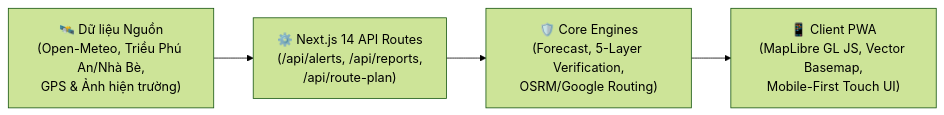
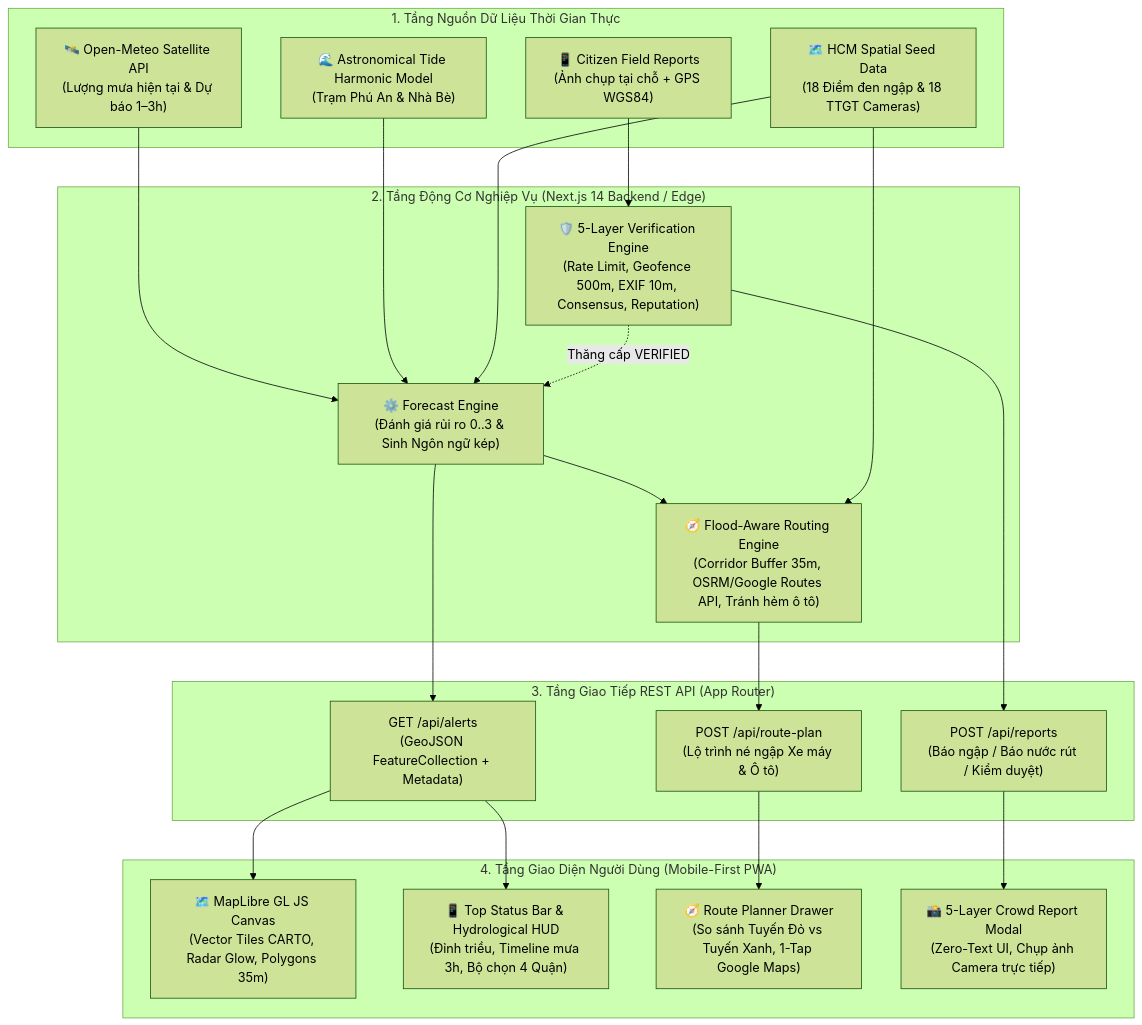
The diagram in README.md (yangcoi/ocean-flood), drawn with Mermaid (forest theme) before and after one commit. The commit also changed other lines of this file, not shown here.

````diff
--- a/README.md
+++ b/README.md
@@ -57,6 +35,41 @@
 ```mermaid
-flowchart LR
-    A["🛰️ Dữ liệu Nguồn<br>(Open-Meteo, Triều Phú An/Nhà Bè,<br>GPS & Ảnh hiện trường)"] --> B["⚙️ Next.js 14 API Routes<br>(/api/alerts, /api/reports,<br>/api/route-plan)"]
-    B --> C["🛡️ Core Engines<br>(Forecast, 5-Layer Verification,<br>OSRM/Google Routing)"]
-    C --> D["📱 Client PWA<br>(MapLibre GL JS, Vector Basemap,<br>Mobile-First Touch UI)"]
+flowchart TD
+    subgraph DataSources["1. Tầng Nguồn Dữ Liệu Thời Gian Thực"]
+        OM["🛰️ Open-Meteo Satellite API<br>(Lượng mưa hiện tại & Dự báo 1–3h)"]
+        Tide["🌊 Astronomical Tide Harmonic Model<br>(Trạm Phú An & Nhà Bè)"]
+        Crowd["📱 Citizen Field Reports<br>(Ảnh chụp tại chỗ + GPS WGS84)"]
+        Seed["🗺️ HCM Spatial Seed Data<br>(18 Điểm đen ngập & 18 TTGT Cameras)"]
+    end
+
+    subgraph CoreEngines["2. Tầng Động Cơ Nghiệp Vụ (Next.js 14 Backend / Edge)"]
+        FE["⚙️ Forecast Engine<br>(Đánh giá rủi ro 0..3 & Sinh Ngôn ngữ kép)"]
+        VE["🛡️ 5-Layer Verification Engine<br>(Rate Limit, Geofence 500m, EXIF 10m, Consensus, Reputation)"]
+        RE["🧭 Flood-Aware Routing Engine<br>(Corridor Buffer 35m, OSRM/Google Routes API, Tránh hẻm ô tô)"]
+    end
+
+    subgraph API["3. Tầng Giao Tiếp REST API (App Router)"]
+        API1["GET /api/alerts<br>(GeoJSON FeatureCollection + Metadata)"]
+        API2["POST /api/reports<br>(Báo ngập / Báo nước rút / Kiểm duyệt)"]
+        API3["POST /api/route-plan<br>(Lộ trình né ngập Xe máy & Ô tô)"]
+    end
+
+    subgraph Frontend["4. Tầng Giao Diện Người Dùng (Mobile-First PWA)"]
+        Map["🗺️ MapLibre GL JS Canvas<br>(Vector Tiles CARTO, Radar Glow, Polygons 35m)"]
+        HUD["📱 Top Status Bar & Hydrological HUD<br>(Đỉnh triều, Timeline mưa 3h, Bộ chọn 4 Quận)"]
+        Drawer["🧭 Route Planner Drawer<br>(So sánh Tuyến Đỏ vs Tuyến Xanh, 1-Tap Google Maps)"]
+        Modal["📸 5-Layer Crowd Report Modal<br>(Zero-Text UI, Chụp ảnh Camera trực tiếp)"]
+    end
+
+    OM --> FE
+    Tide --> FE
+    Seed --> FE
+    Crowd --> VE
+    VE -.->|Thăng cấp VERIFIED| FE
+    FE --> API1
+    VE --> API2
+    FE & Seed --> RE --> API3
+
+    API1 --> Map & HUD
+    API2 --> Modal
+    API3 --> Drawer
 ```
````
